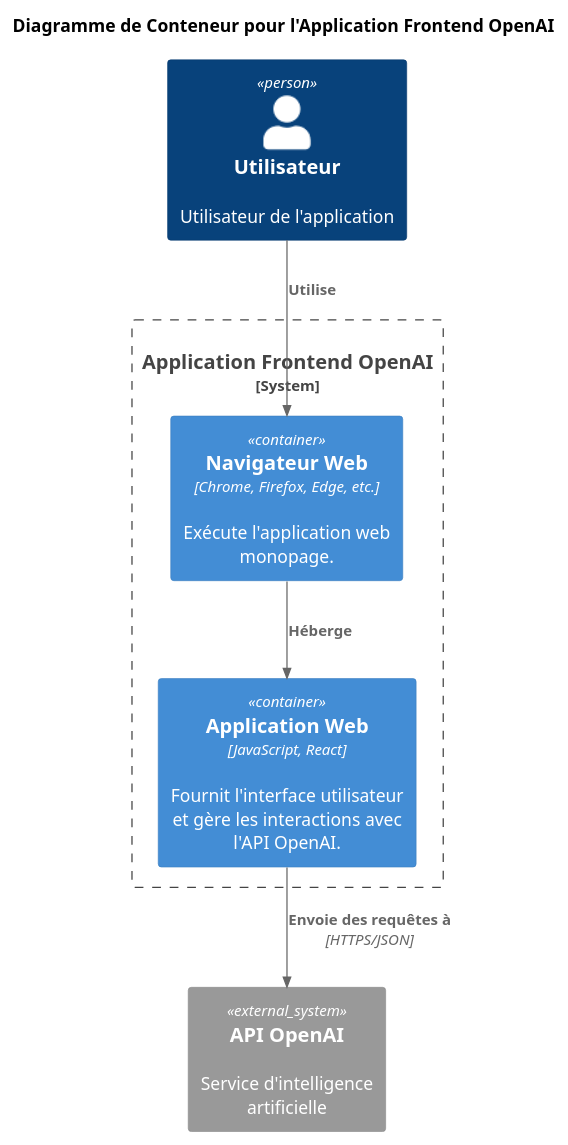
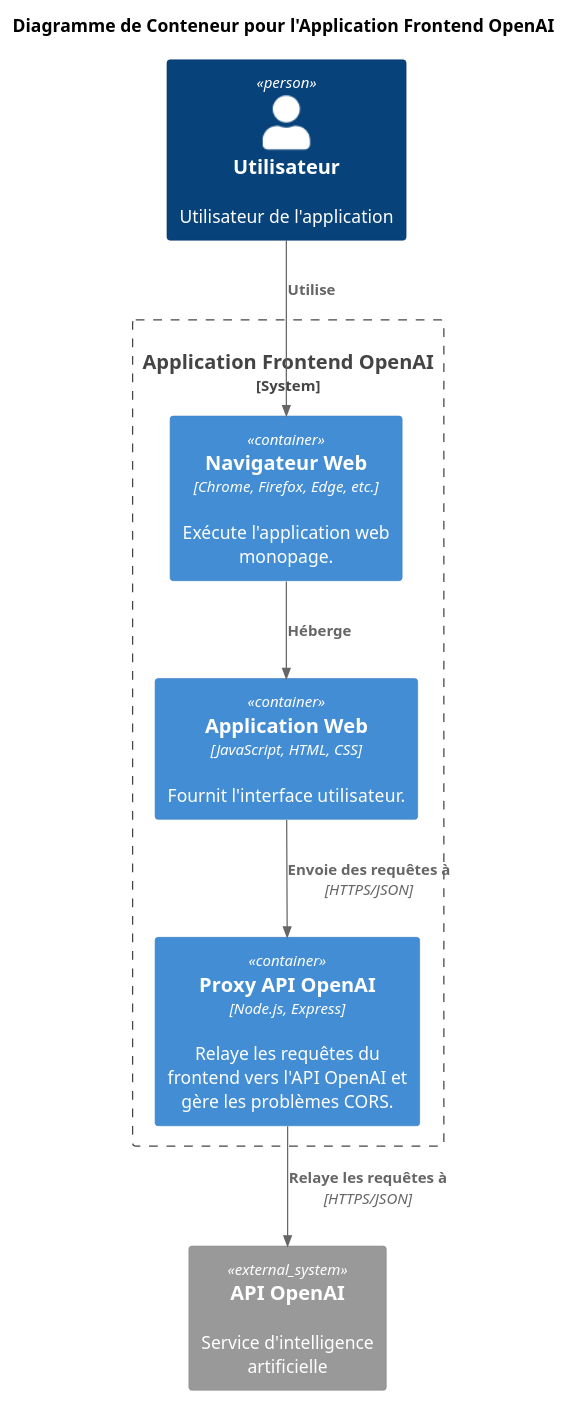
One commit to JeanPCordeiro/myAIChat changed the diagram in architecture/diagrams/container.puml. Above: the diagram before and after it, drawn with PlantUML. The commit also changed 4 other files, not shown here.

```diff
--- a/architecture/diagrams/container.puml
+++ b/architecture/diagrams/container.puml
@@ -1,19 +1,21 @@
 @startuml
 !include https://raw.githubusercontent.com/plantuml-stdlib/C4-PlantUML/master/C4_Container.puml
 
 title Diagramme de Conteneur pour l'Application Frontend OpenAI
 
 Person(user, "Utilisateur", "Utilisateur de l'application")
 
 System_Boundary(c1, "Application Frontend OpenAI") {
-    Container(spa, "Application Web", "JavaScript, React", "Fournit l'interface utilisateur et gère les interactions avec l'API OpenAI.")
+    Container(spa, "Application Web", "JavaScript, HTML, CSS", "Fournit l'interface utilisateur.")
     Container(web_browser, "Navigateur Web", "Chrome, Firefox, Edge, etc.", "Exécute l'application web monopage.")
+    Container(proxy, "Proxy API OpenAI", "Node.js, Express", "Relaye les requêtes du frontend vers l'API OpenAI et gère les problèmes CORS.")
 }
 
 System_Ext(openai_api, "API OpenAI", "Service d'intelligence artificielle")
 
 Rel(user, web_browser, "Utilise")
 Rel(web_browser, spa, "Héberge")
-Rel(spa, openai_api, "Envoie des requêtes à", "HTTPS/JSON")
+Rel(spa, proxy, "Envoie des requêtes à", "HTTPS/JSON")
+Rel(proxy, openai_api, "Relaye les requêtes à", "HTTPS/JSON")
 
 @enduml
```
